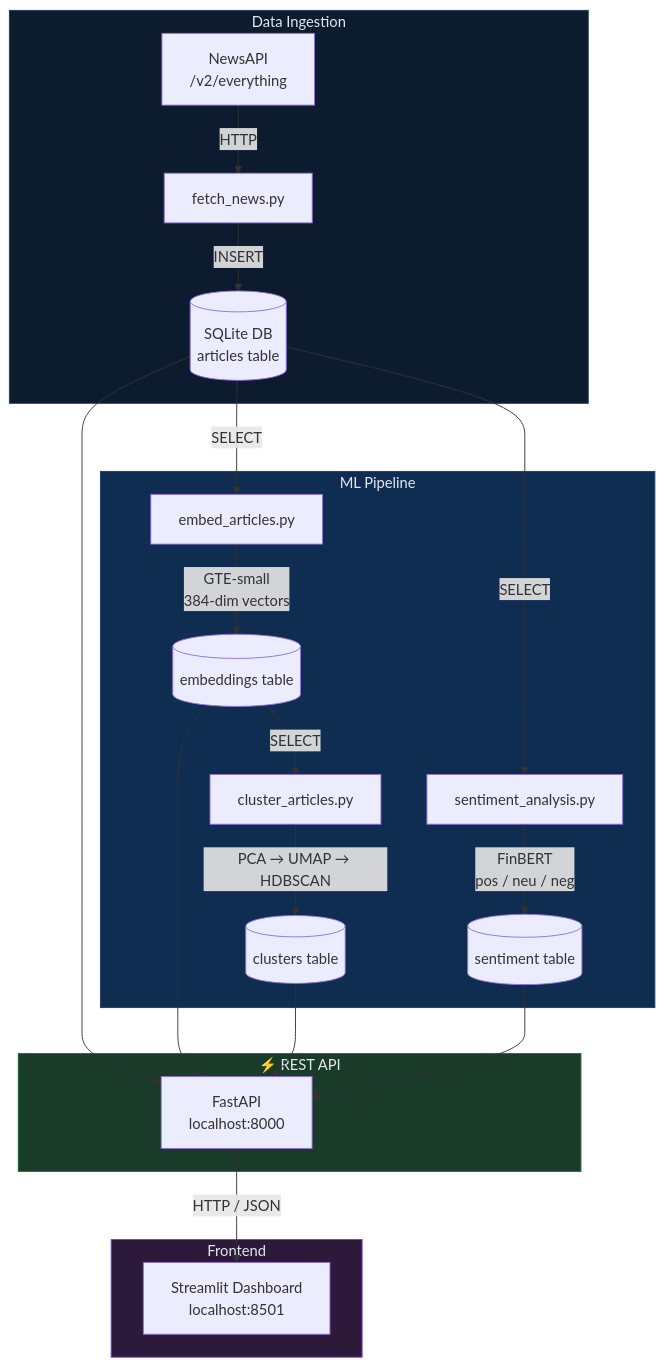
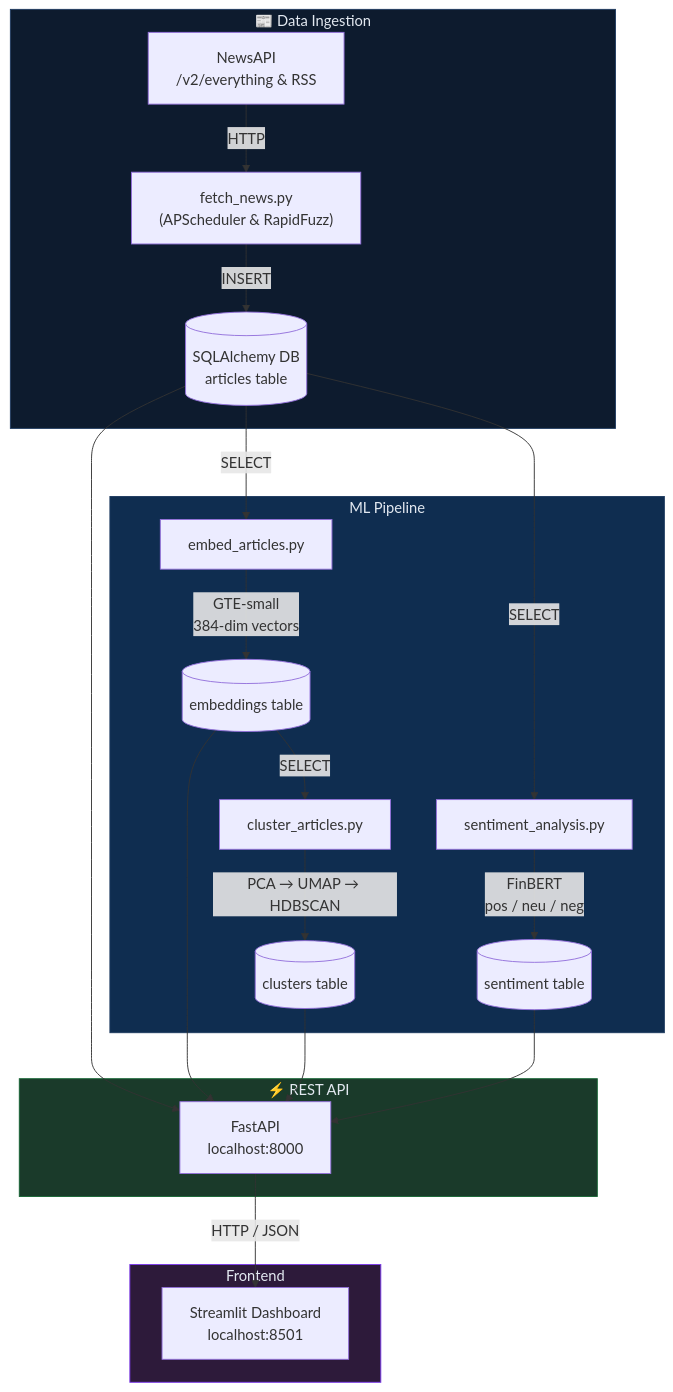
One commit to Aayushiii25/PulseIq changed the first of 4 diagrams in README.md. Above: the diagram before and after it, drawn with Mermaid. The commit also changed other lines of this file and 25 other files, not shown here.

````diff
--- a/README.md
+++ b/README.md
@@ -34,32 +35,32 @@
 ```mermaid
 flowchart TB
-    subgraph DATA [" Data Ingestion"]
-        A["NewsAPI\n/v2/everything"] -->|HTTP| B["fetch_news.py"]
-        B -->|INSERT| C[("SQLite DB\narticles table")]
+    subgraph DATA ["📰 Data Ingestion"]
+        A["NewsAPI\n/v2/everything & RSS"] -->|HTTP| B["fetch_news.py\n(APScheduler & RapidFuzz)"]
+        B -->|INSERT| C[("SQLAlchemy DB\narticles table")]
     end
 
     subgraph ML [" ML Pipeline"]
         C -->|SELECT| D["embed_articles.py"]
         D -->|"GTE-small\n384-dim vectors"| E[("embeddings table")]
         E -->|SELECT| F["cluster_articles.py"]
         F -->|"PCA → UMAP → HDBSCAN"| G[("clusters table")]
         C -->|SELECT| H["sentiment_analysis.py"]
         H -->|"FinBERT\npos / neu / neg"| I[("sentiment table")]
     end
 
     subgraph API ["⚡ REST API"]
         J["FastAPI\nlocalhost:8000"]
     end
 
     subgraph UI [" Frontend"]
         K["Streamlit Dashboard\nlocalhost:8501"]
     end
 
     C & E & G & I --> J
     J -->|"HTTP / JSON"| K
 
     style DATA fill:#0d1b2e,stroke:#1e3a5f,color:#e2e8f0
     style ML fill:#0f2d50,stroke:#1e3a5f,color:#e2e8f0
     style API fill:#1a3a2a,stroke:#166534,color:#e2e8f0
     style UI fill:#2d1a3a,stroke:#7c3aed,color:#e2e8f0
 ```
````
